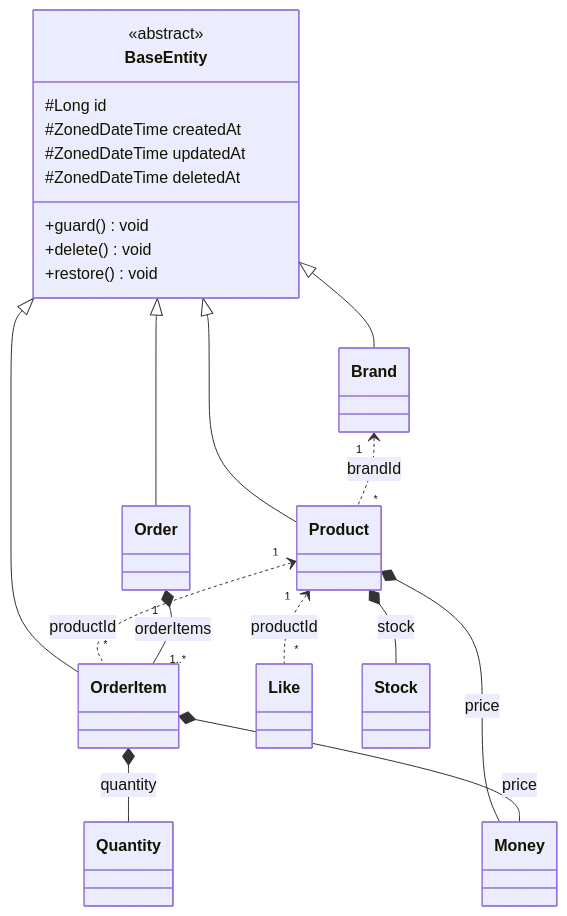
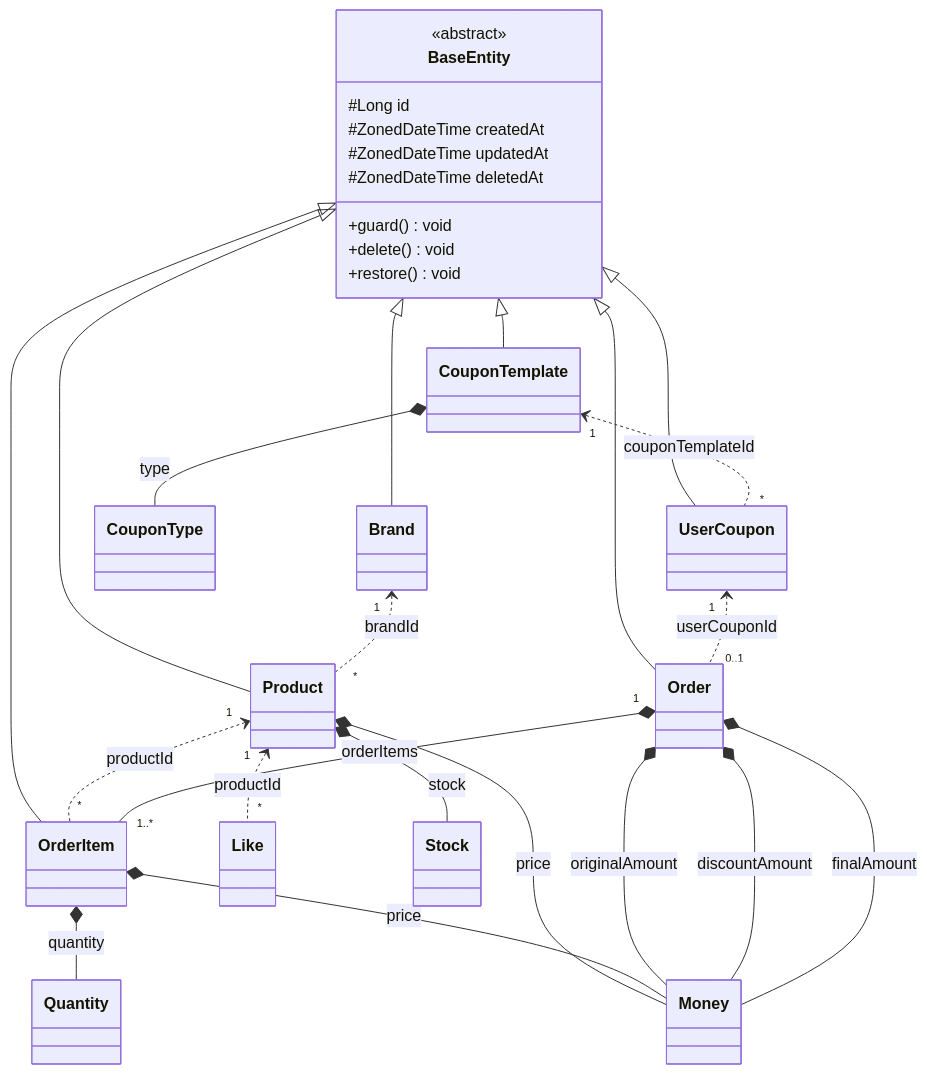
Before and after one commit to Loopers-dev-lab/loop-pack-be-l2-vol3-java: the first of 6 diagrams in .docs/design/03-class-diagrams.md, drawn with Mermaid. The commit also changed other lines of this file and 3 other files, not shown here.

````diff
--- a/.docs/design/03-class-diagrams.md
+++ b/.docs/design/03-class-diagrams.md
@@ -42,30 +42,38 @@
 ```mermaid
 classDiagram
     direction TB
 
     class BaseEntity {
         <<abstract>>
         #Long id
         #ZonedDateTime createdAt
         #ZonedDateTime updatedAt
         #ZonedDateTime deletedAt
         +guard() void
         +delete() void
         +restore() void
     }
 
     BaseEntity <|-- Brand
     BaseEntity <|-- Product
     BaseEntity <|-- Order
     BaseEntity <|-- OrderItem
+    BaseEntity <|-- CouponTemplate
+    BaseEntity <|-- UserCoupon
 
     Brand "1" <.. "*" Product : brandId
     Product "1" <.. "*" Like : productId
     Product "1" <.. "*" OrderItem : productId
     Order "1" *-- "1..*" OrderItem : orderItems
+    CouponTemplate "1" <.. "*" UserCoupon : couponTemplateId
+    UserCoupon "1" <.. "0..1" Order : userCouponId
 
     Product *-- Money : price
     Product *-- Stock : stock
     OrderItem *-- Quantity : quantity
     OrderItem *-- Money : price
+    Order *-- Money : originalAmount
+    Order *-- Money : discountAmount
+    Order *-- Money : finalAmount
+    CouponTemplate *-- CouponType : type
 ```
````
